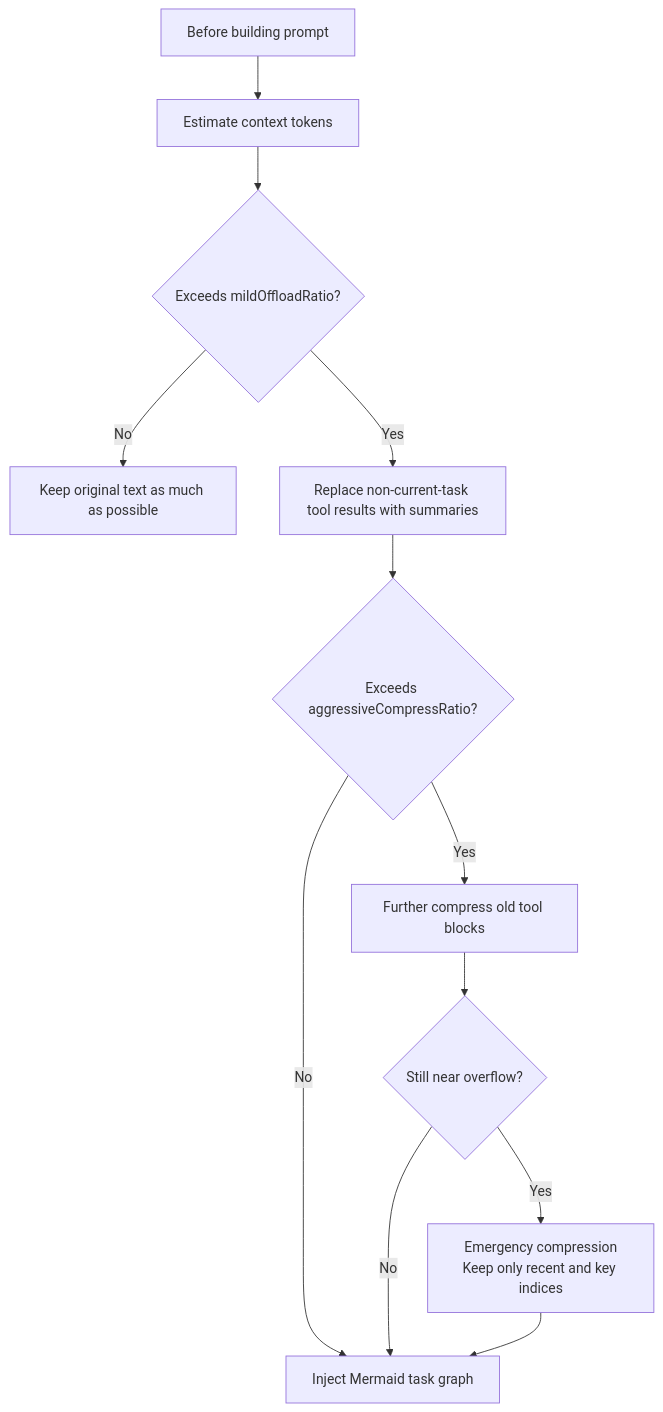
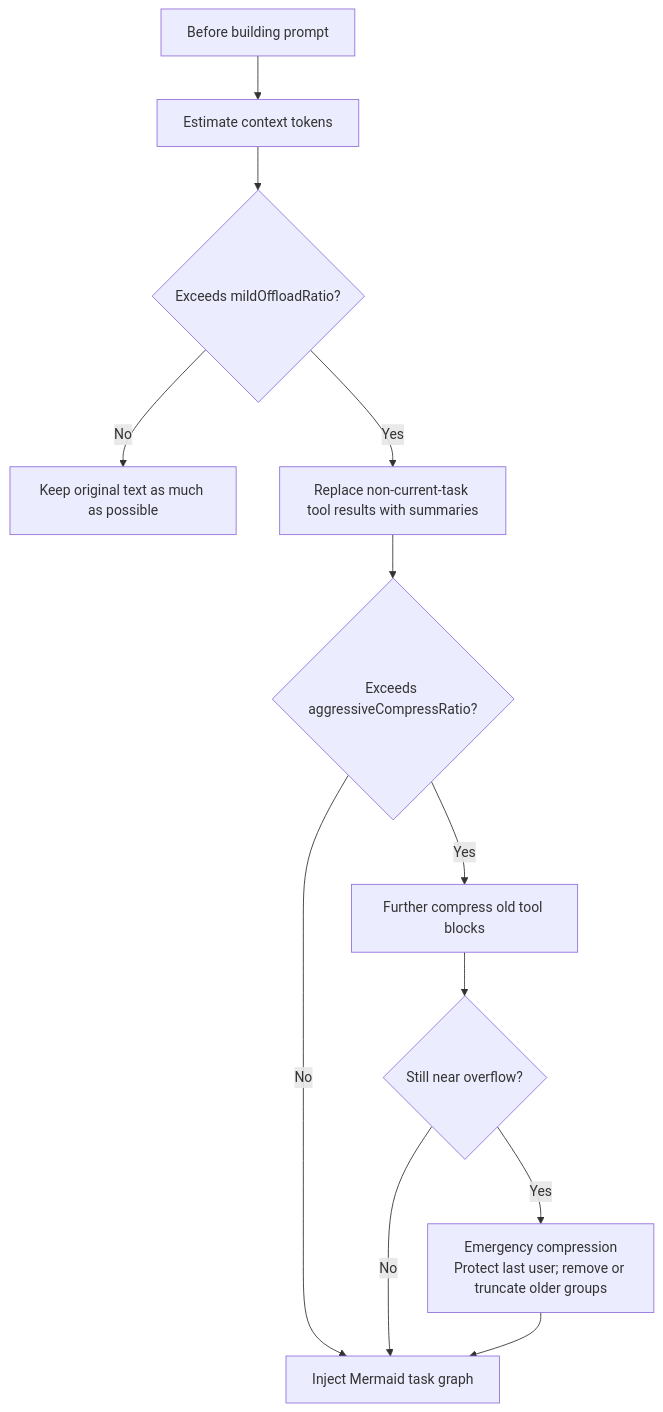
Before and after one commit to PorunC/interview: diagram 11 of 14 in 问题/05-英文面试/Agent-Memory-端到端系统深挖-英文.md, drawn with Mermaid. The commit also changed other lines of this file and 27 other files, not shown here.

````diff
--- a/问题/05-英文面试/Agent-Memory-端到端系统深挖-英文.md
+++ b/问题/05-英文面试/Agent-Memory-端到端系统深挖-英文.md
@@ -478,14 +473,14 @@
 ```mermaid
 flowchart TD
   Start["Before building prompt"] --> Token["Estimate context tokens"]
   Token --> Mild{"Exceeds mildOffloadRatio?"}
   Mild -->|"No"| Keep["Keep original text as much as possible"]
   Mild -->|"Yes"| Replace["Replace non-current-task tool results with summaries"]
   Replace --> Agg{"Exceeds aggressiveCompressRatio?"}
   Agg -->|"No"| Inject["Inject Mermaid task graph"]
   Agg -->|"Yes"| More["Further compress old tool blocks"]
   More --> Overflow{"Still near overflow?"}
   Overflow -->|"No"| Inject
-  Overflow -->|"Yes"| Emergency["Emergency compression<br/>Keep only recent and key indices"]
+  Overflow -->|"Yes"| Emergency["Emergency compression<br/>Protect last user; remove or truncate older groups"]
   Emergency --> Inject
 ```
````
